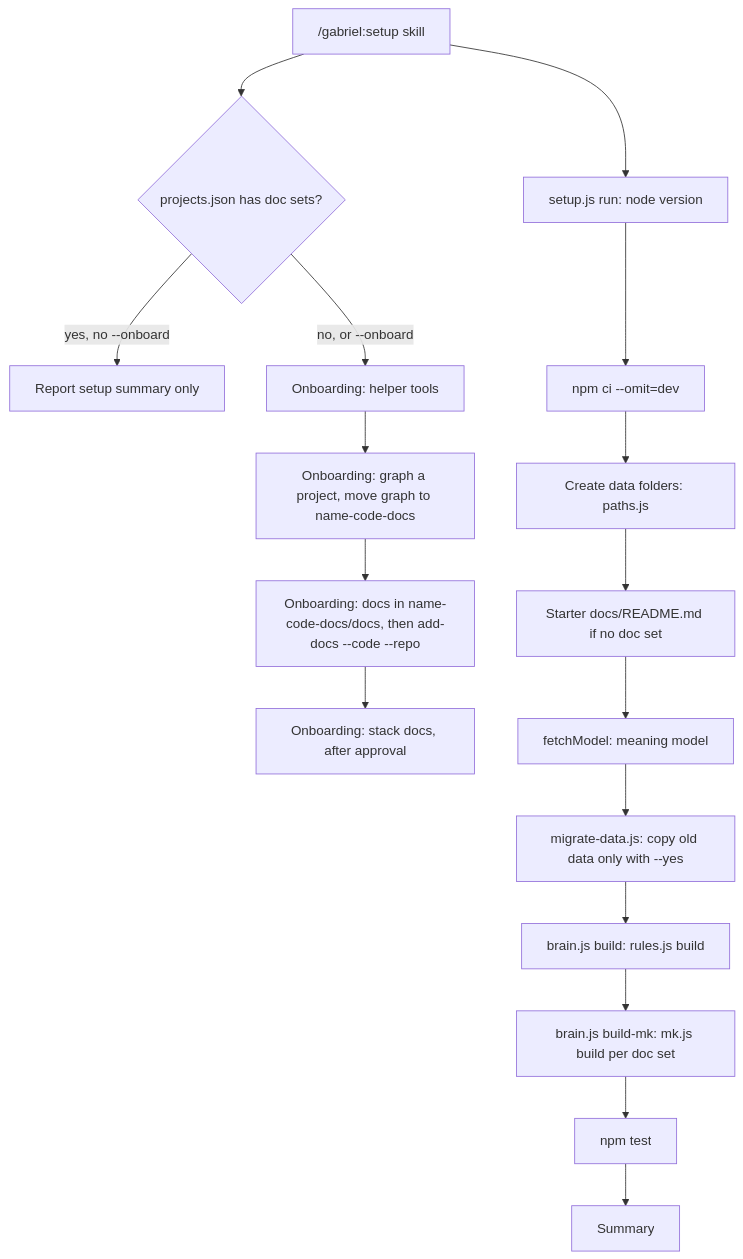
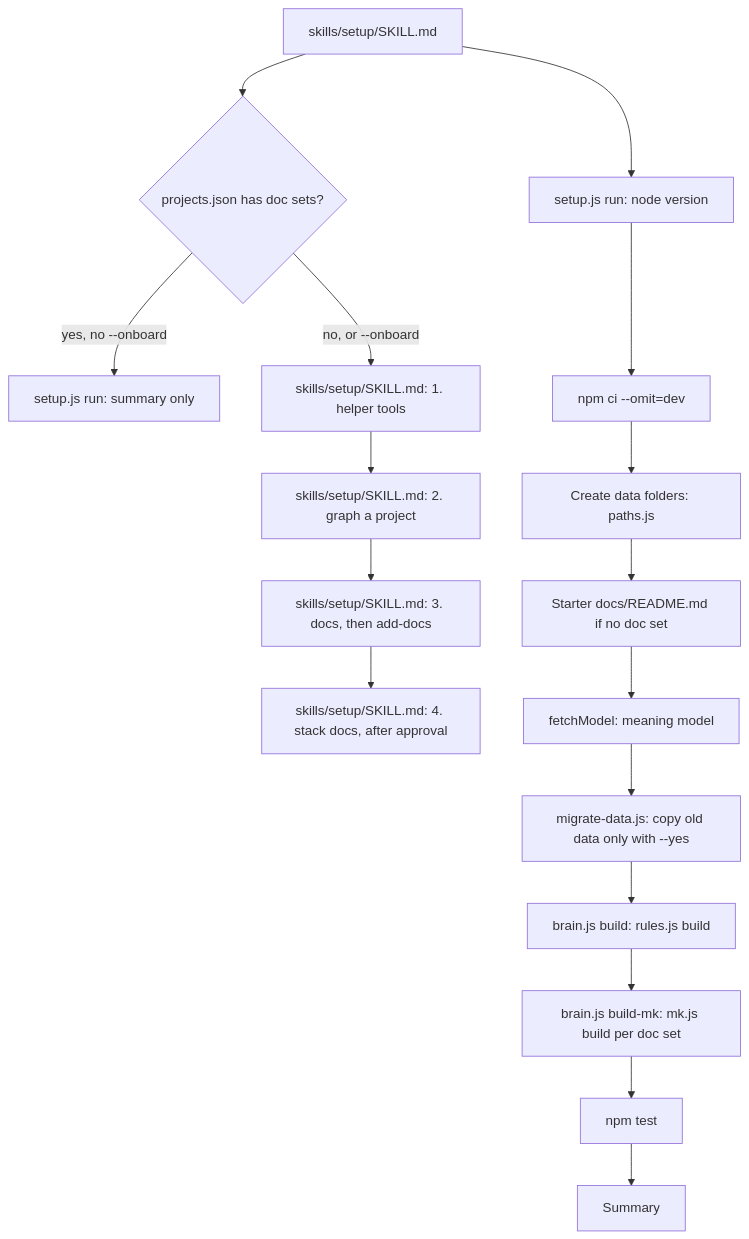
Before and after one commit to ThanhNVan/gabriel-plugin: the diagram in repo-docs/business/workflows/W02-first-setup-and-onboarding.md, drawn with Mermaid. The commit also changed other lines of this file and 12 other files, not shown here.

````diff
--- a/repo-docs/business/workflows/W02-first-setup-and-onboarding.md
+++ b/repo-docs/business/workflows/W02-first-setup-and-onboarding.md
@@ -29,19 +33,19 @@
 ```mermaid
 flowchart TD
-  A["/gabriel:setup skill"] --> B{"projects.json has doc sets?"}
-  B -- "yes, no --onboard" --> Z["Report setup summary only"]
-  B -- "no, or --onboard" --> O1["Onboarding: helper tools"]
+  A["skills/setup/SKILL.md"] --> B{"projects.json has doc sets?"}
+  B -- "yes, no --onboard" --> Z["setup.js run: summary only"]
+  B -- "no, or --onboard" --> O1["skills/setup/SKILL.md: 1. helper tools"]
   A --> S1["setup.js run: node version"]
   S1 --> S2["npm ci --omit=dev"]
   S2 --> S3["Create data folders: paths.js"]
   S3 --> S4["Starter docs/README.md if no doc set"]
   S4 --> S5["fetchModel: meaning model"]
   S5 --> S6["migrate-data.js: copy old data only with --yes"]
   S6 --> S7["brain.js build: rules.js build"]
   S7 --> S8["brain.js build-mk: mk.js build per doc set"]
   S8 --> S9["npm test"]
   S9 --> S10["Summary"]
-  O1 --> O2["Onboarding: graph a project, move graph to name-code-docs"]
-  O2 --> O3["Onboarding: docs in name-code-docs/docs, then add-docs --code --repo"]
-  O3 --> O4["Onboarding: stack docs, after approval"]
+  O1 --> O2["skills/setup/SKILL.md: 2. graph a project"]
+  O2 --> O3["skills/setup/SKILL.md: 3. docs, then add-docs"]
+  O3 --> O4["skills/setup/SKILL.md: 4. stack docs, after approval"]
 ```
````
